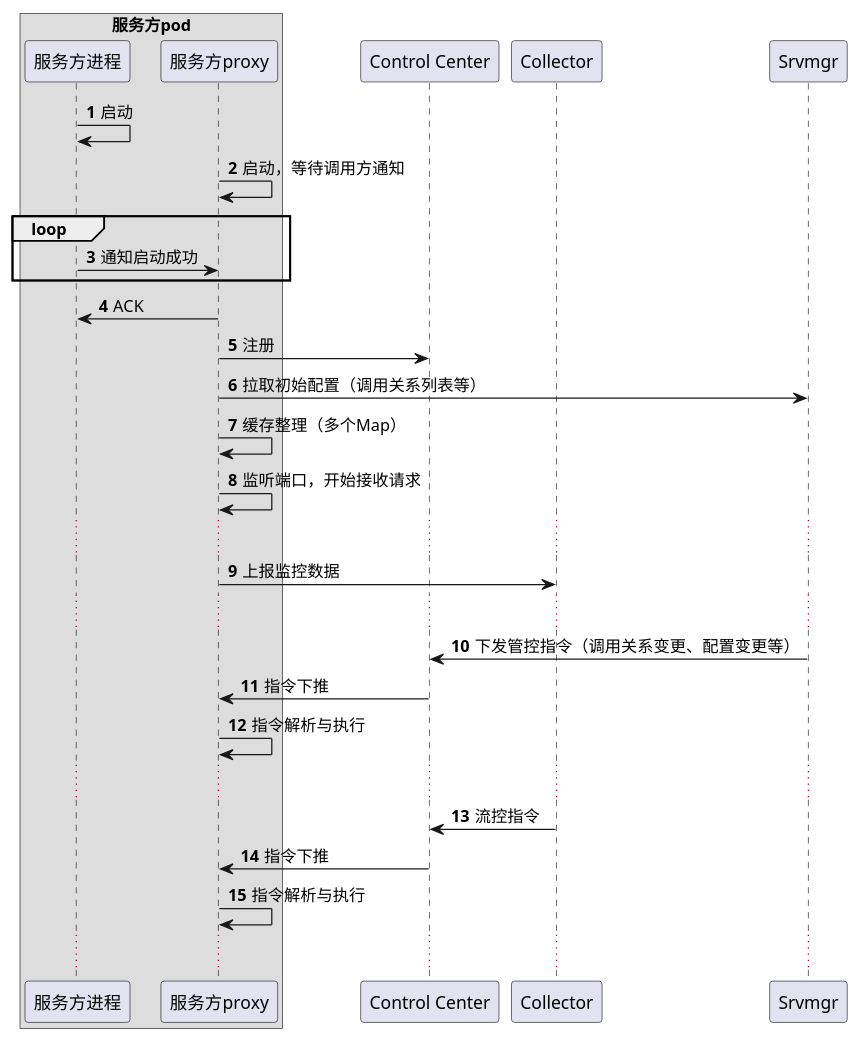
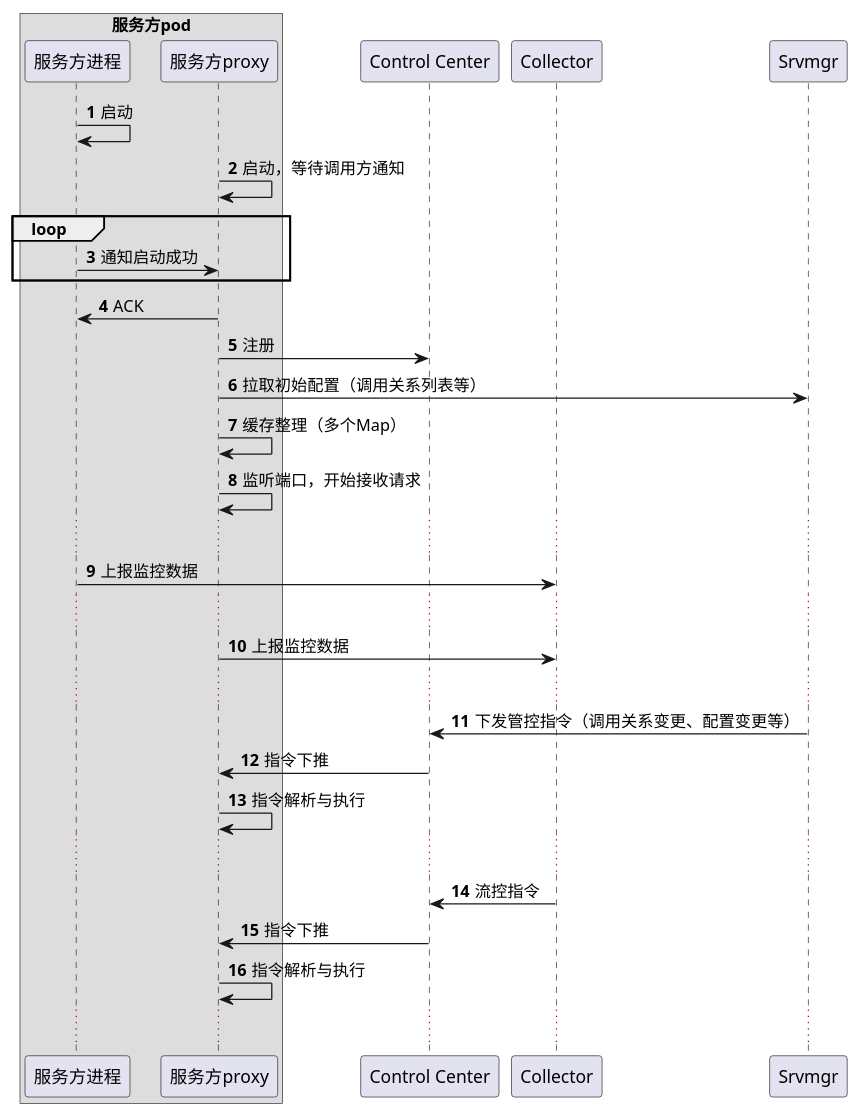
One commit to waterystone/adu-uml changed the diagram in zz/zzmesh/service_timeline.puml. Above: the diagram before and after it, drawn with PlantUML. The commit also changed 1 other file, not shown here.

Commit message:
ADD:client&service 数据上报

```diff
--- a/zz/zzmesh/service_timeline.puml
+++ b/zz/zzmesh/service_timeline.puml
@@ -1,43 +1,46 @@
 @startuml
 
 box "服务方pod"
 participant 服务方进程 AS service
 participant 服务方proxy AS serviceProxy
 end box
 
 participant "Control Center" AS controlCenter
 participant Collector AS collector
 participant Srvmgr AS srvmgr
 
 
 autonumber
 service -> service: 启动
 
 serviceProxy -> serviceProxy: 启动，等待调用方通知
 
 loop
 service -> serviceProxy: 通知启动成功
 end
 serviceProxy -> service: ACK
 
 serviceProxy -> controlCenter: 注册
 
 serviceProxy -> srvmgr: 拉取初始配置（调用关系列表等）
 serviceProxy -> serviceProxy: 缓存整理（多个Map）
 serviceProxy -> serviceProxy: 监听端口，开始接收请求
 
 ......
+service -> collector: 上报监控数据
+
+......
 serviceProxy -> collector: 上报监控数据
 
 ......
 srvmgr -> controlCenter: 下发管控指令（调用关系变更、配置变更等）
 controlCenter -> serviceProxy: 指令下推
 serviceProxy -> serviceProxy: 指令解析与执行
 
 ......
 collector -> controlCenter: 流控指令
 controlCenter -> serviceProxy: 指令下推
 serviceProxy -> serviceProxy: 指令解析与执行
 ......
 
 @enduml
```
